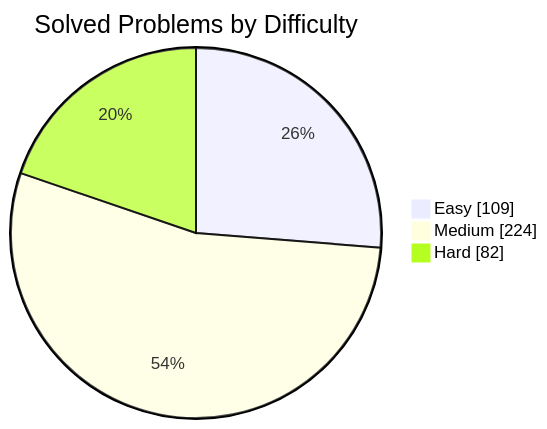
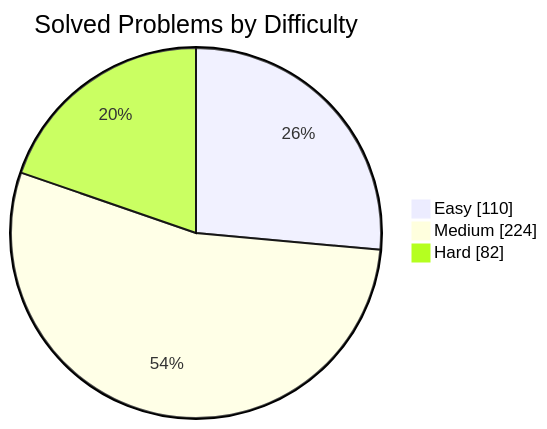
One commit to manikantbindass/DSA-Preparation-FAANG changed the first of 2 diagrams in README.md. Above: the diagram before and after it, drawn with Mermaid. The commit also changed other lines of this file and 1 other file, not shown here.

````diff
--- a/README.md
+++ b/README.md
@@ -77,7 +77,7 @@
 ```mermaid
 pie showData
     title Solved Problems by Difficulty
-    "Easy" : 109
+    "Easy" : 110
     "Medium" : 224
     "Hard" : 82
 ```
````
